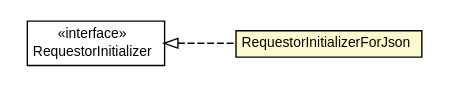
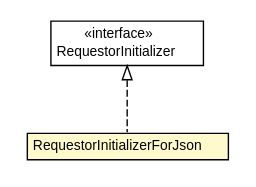
One commit to reinert/requestor changed the diagram in 0.3.0-SNAPSHOT/javadoc/apidocs/io/reinert/requestor/RequestorInitializerForJson.dot. Above: the diagram before and after it, drawn with Graphviz. The commit also changed 1943 other files, not shown here.

```diff
--- a/0.3.0-SNAPSHOT/javadoc/apidocs/io/reinert/requestor/RequestorInitializerForJson.dot
+++ b/0.3.0-SNAPSHOT/javadoc/apidocs/io/reinert/requestor/RequestorInitializerForJson.dot
@@ -1,28 +1,27 @@
 #!/usr/local/bin/dot
 #
 # Class diagram 
 # Generated by UMLGraph version R5_6-24-gf6e263 (http://www.umlgraph.org/)
 #
 
 digraph G {
-	edge [fontname="arial",fontsize=10,labelfontname="arial",labelfontsize=10];
-	node [fontname="arial",fontsize=10,shape=plaintext];
+	edge [fontname="Helvetica",fontsize=10,labelfontname="Helvetica",labelfontsize=10];
+	node [fontname="Helvetica",fontsize=10,shape=plaintext];
 	nodesep=0.25;
 	ranksep=0.5;
-	rankdir=LR;
 	// io.reinert.requestor.RequestorInitializerForJson
-	c13217 [label=<<table title="io.reinert.requestor.RequestorInitializerForJson" border="0" cellborder="1" cellspacing="0" cellpadding="2" port="p" bgcolor="lemonChiffon" href="./RequestorInitializerForJson.html">
+	c28698 [label=<<table title="io.reinert.requestor.RequestorInitializerForJson" border="0" cellborder="1" cellspacing="0" cellpadding="2" port="p" bgcolor="lemonChiffon" href="./RequestorInitializerForJson.html">
 		<tr><td><table border="0" cellspacing="0" cellpadding="1">
 <tr><td align="center" balign="center"> RequestorInitializerForJson </td></tr>
 		</table></td></tr>
-		</table>>, URL="./RequestorInitializerForJson.html", fontname="arial", fontcolor="black", fontsize=10.0];
+		</table>>, URL="./RequestorInitializerForJson.html", fontname="Helvetica", fontcolor="black", fontsize=10.0];
 	// io.reinert.requestor.RequestorInitializer
-	c13219 [label=<<table title="io.reinert.requestor.RequestorInitializer" border="0" cellborder="1" cellspacing="0" cellpadding="2" port="p" href="./RequestorInitializer.html">
+	c28755 [label=<<table title="io.reinert.requestor.RequestorInitializer" border="0" cellborder="1" cellspacing="0" cellpadding="2" port="p" href="./RequestorInitializer.html">
 		<tr><td><table border="0" cellspacing="0" cellpadding="1">
 <tr><td align="center" balign="center"> &#171;interface&#187; </td></tr>
 <tr><td align="center" balign="center"> RequestorInitializer </td></tr>
 		</table></td></tr>
-		</table>>, URL="./RequestorInitializer.html", fontname="arial", fontcolor="black", fontsize=10.0];
+		</table>>, URL="./RequestorInitializer.html", fontname="Helvetica", fontcolor="black", fontsize=10.0];
 	//io.reinert.requestor.RequestorInitializerForJson implements io.reinert.requestor.RequestorInitializer
-	c13219:p -> c13217:p [dir=back,arrowtail=empty,style=dashed];
+	c28755:p -> c28698:p [dir=back,arrowtail=empty,style=dashed];
 }
```
